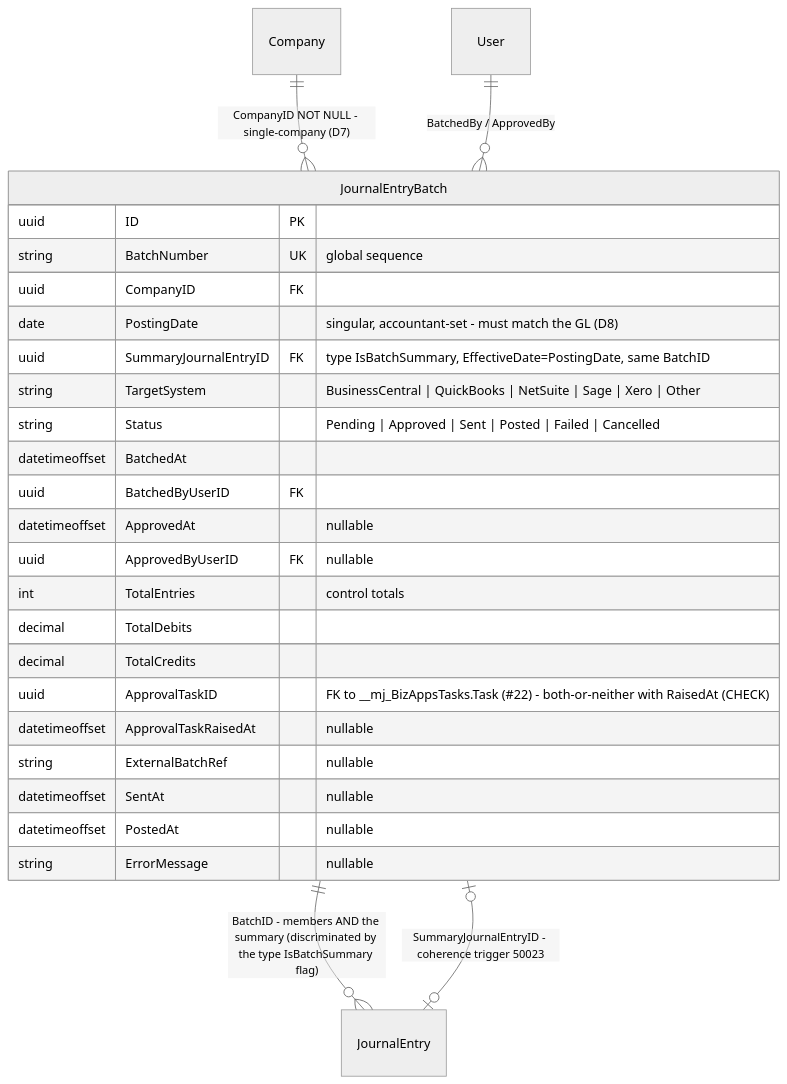
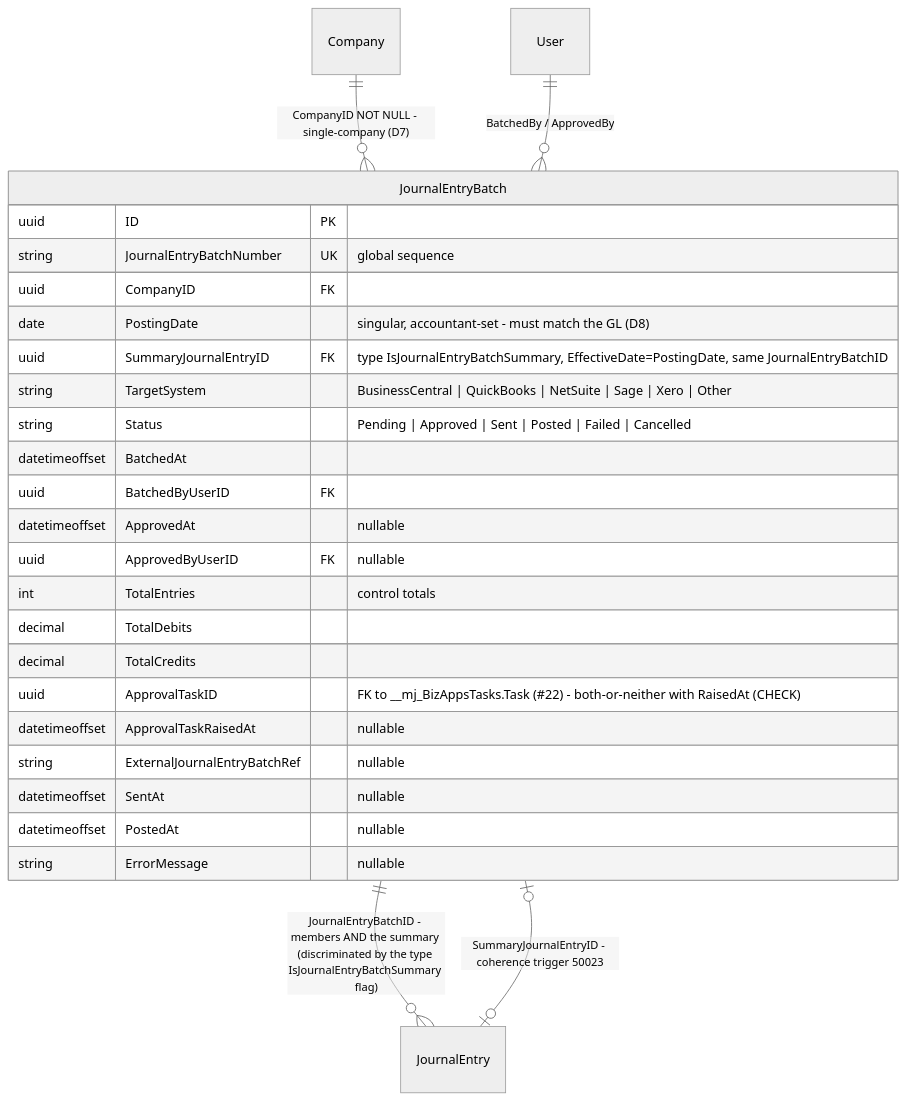
The eighth of 12 diagrams in docs/bizapps-accounting-erd.md (MemberJunction/bizapps-accounting), drawn with Mermaid (neutral theme) before and after one commit. The commit also changed other lines of this file and 68 other files, not shown here.

First line of the commit message:
refactor: JournalEntryBatch naming — columns, DisplayNames, SQL objects, ops, files, classes (Amith ruling)

````diff
--- a/docs/bizapps-accounting-erd.md
+++ b/docs/bizapps-accounting-erd.md
@@ -672,30 +672,30 @@
 ```mermaid
 erDiagram
     Company ||--o{ JournalEntryBatch : "CompanyID NOT NULL - single-company (D7)"
-    JournalEntryBatch ||--o{ JournalEntry : "BatchID - members AND the summary (discriminated by the type IsBatchSummary flag)"
+    JournalEntryBatch ||--o{ JournalEntry : "JournalEntryBatchID - members AND the summary (discriminated by the type IsJournalEntryBatchSummary flag)"
     JournalEntryBatch |o--o| JournalEntry : "SummaryJournalEntryID - coherence trigger 50023"
     User ||--o{ JournalEntryBatch : "BatchedBy / ApprovedBy"
 
     JournalEntryBatch {
         uuid ID PK
-        string BatchNumber UK "global sequence"
+        string JournalEntryBatchNumber UK "global sequence"
         uuid CompanyID FK
         date PostingDate "singular, accountant-set - must match the GL (D8)"
-        uuid SummaryJournalEntryID FK "type IsBatchSummary, EffectiveDate=PostingDate, same BatchID"
+        uuid SummaryJournalEntryID FK "type IsJournalEntryBatchSummary, EffectiveDate=PostingDate, same JournalEntryBatchID"
         string TargetSystem "BusinessCentral | QuickBooks | NetSuite | Sage | Xero | Other"
         string Status "Pending | Approved | Sent | Posted | Failed | Cancelled"
         datetimeoffset BatchedAt
         uuid BatchedByUserID FK
         datetimeoffset ApprovedAt "nullable"
         uuid ApprovedByUserID FK "nullable"
         int TotalEntries "control totals"
         decimal TotalDebits
         decimal TotalCredits
         uuid ApprovalTaskID "FK to __mj_BizAppsTasks.Task (#22) - both-or-neither with RaisedAt (CHECK)"
         datetimeoffset ApprovalTaskRaisedAt "nullable"
-        string ExternalBatchRef "nullable"
+        string ExternalJournalEntryBatchRef "nullable"
         datetimeoffset SentAt "nullable"
         datetimeoffset PostedAt "nullable"
         string ErrorMessage "nullable"
     }
 ```
````
